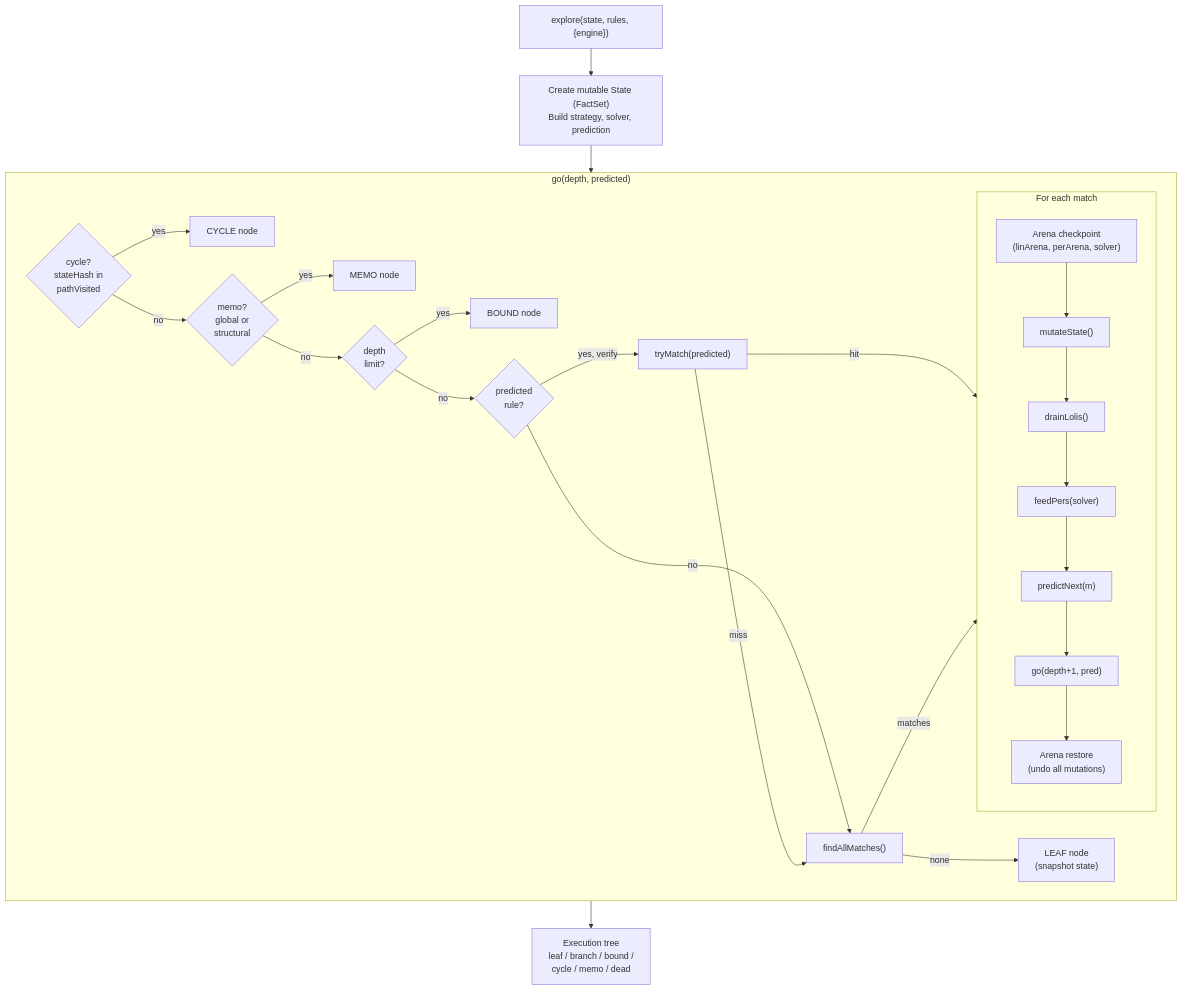
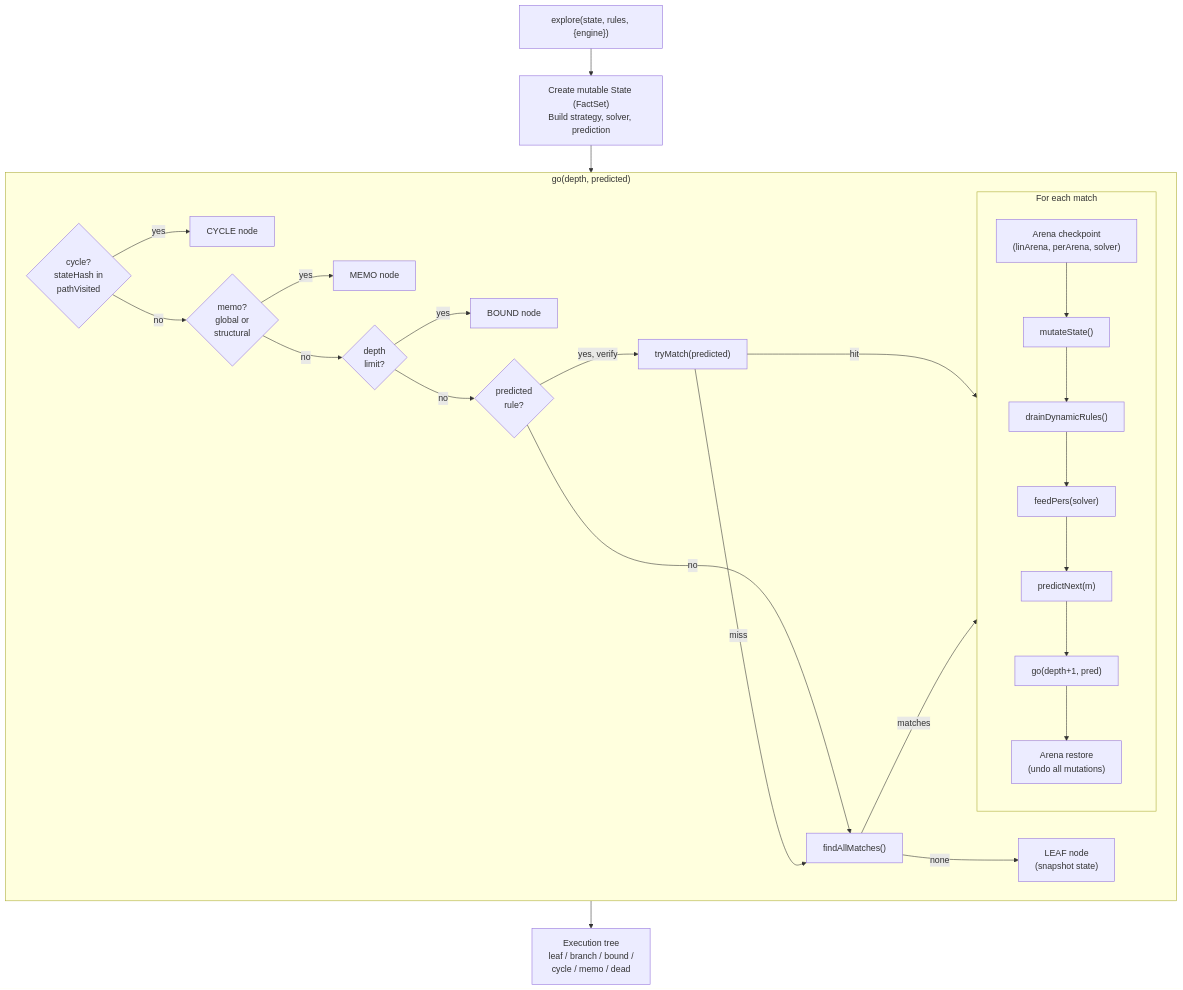
Before and after one commit to mhhf/calc: the sixth of 7 diagrams in doc/documentation/forward-chaining-engine.md, drawn with Mermaid. The commit also changed other lines of this file and 8 other files, not shown here.

````diff
--- a/doc/documentation/forward-chaining-engine.md
+++ b/doc/documentation/forward-chaining-engine.md
@@ -296,34 +296,34 @@
 ```mermaid
 flowchart TB
     START["explore(state, rules, {engine})"] --> INIT["Create mutable State (FactSet)<br/>Build strategy, solver, prediction"]
     INIT --> DFS
 
     subgraph DFS["go(depth, predicted)"]
         CYCLE{"cycle?<br/>stateHash in<br/>pathVisited"} --> |"yes"| CYCLENODE["CYCLE node"]
         CYCLE --> |"no"| MEMO{"memo?<br/>global or<br/>structural"}
         MEMO --> |"yes"| MEMONODE["MEMO node"]
         MEMO --> |"no"| DEPTH{"depth<br/>limit?"}
         DEPTH --> |"yes"| BOUNDNODE["BOUND node"]
         DEPTH --> |"no"| PRED{"predicted<br/>rule?"}
         PRED --> |"yes, verify"| TRYMATCH["tryMatch(predicted)"]
         PRED --> |"no"| FIND["findAllMatches()"]
         TRYMATCH --> |"hit"| FOREACH
         TRYMATCH --> |"miss"| FIND
         FIND --> |"none"| LEAF["LEAF node<br/>(snapshot state)"]
         FIND --> |"matches"| FOREACH
 
         subgraph FOREACH["For each match"]
             CHECKPOINT["Arena checkpoint<br/>(linArena, perArena, solver)"]
             MUTATE["mutateState()"]
-            DRAIN["drainLolis()"]
+            DRAIN["drainDynamicRules()"]
             FEED["feedPers(solver)"]
             PREDICT["predictNext(m)"]
             RECURSE["go(depth+1, pred)"]
             UNDO["Arena restore<br/>(undo all mutations)"]
 
             CHECKPOINT --> MUTATE --> DRAIN --> FEED --> PREDICT --> RECURSE --> UNDO
         end
     end
 
     DFS --> TREE["Execution tree<br/>leaf / branch / bound /<br/>cycle / memo / dead"]
 ```
````
